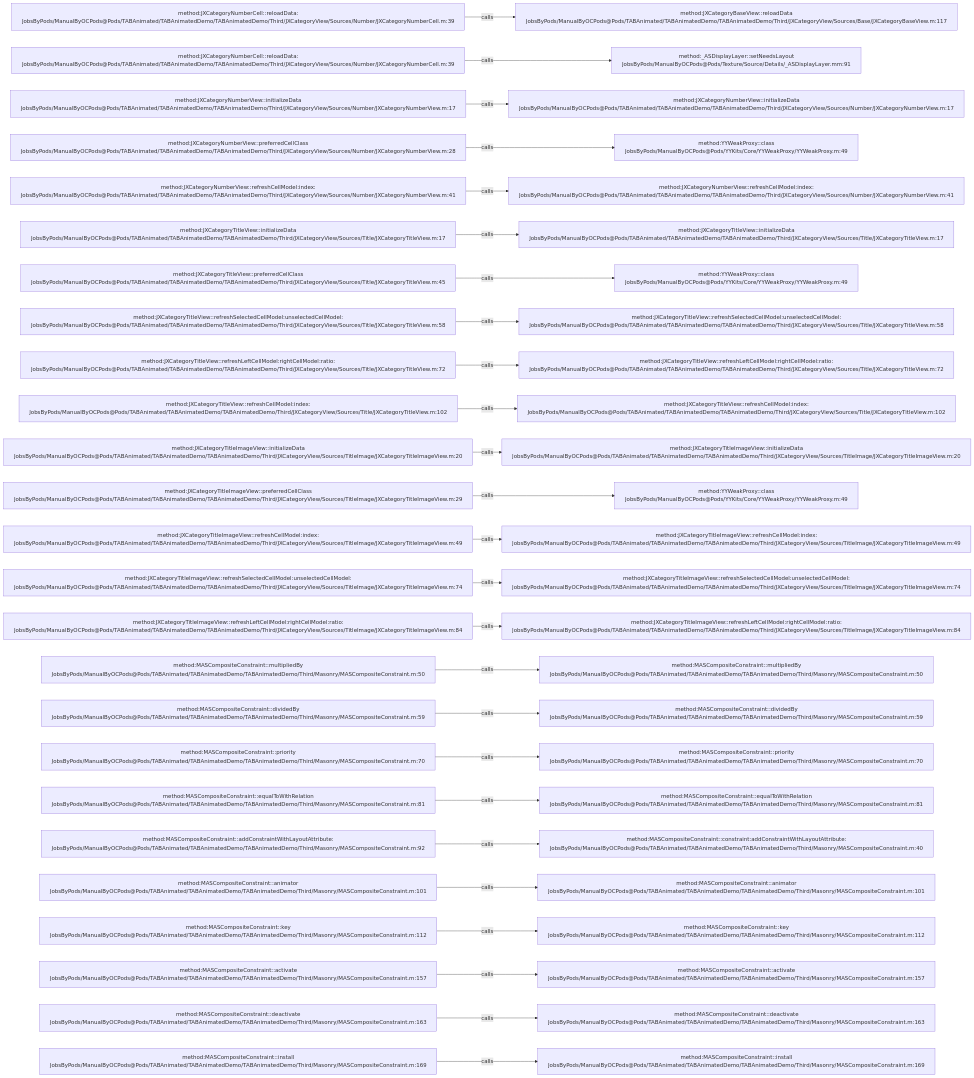
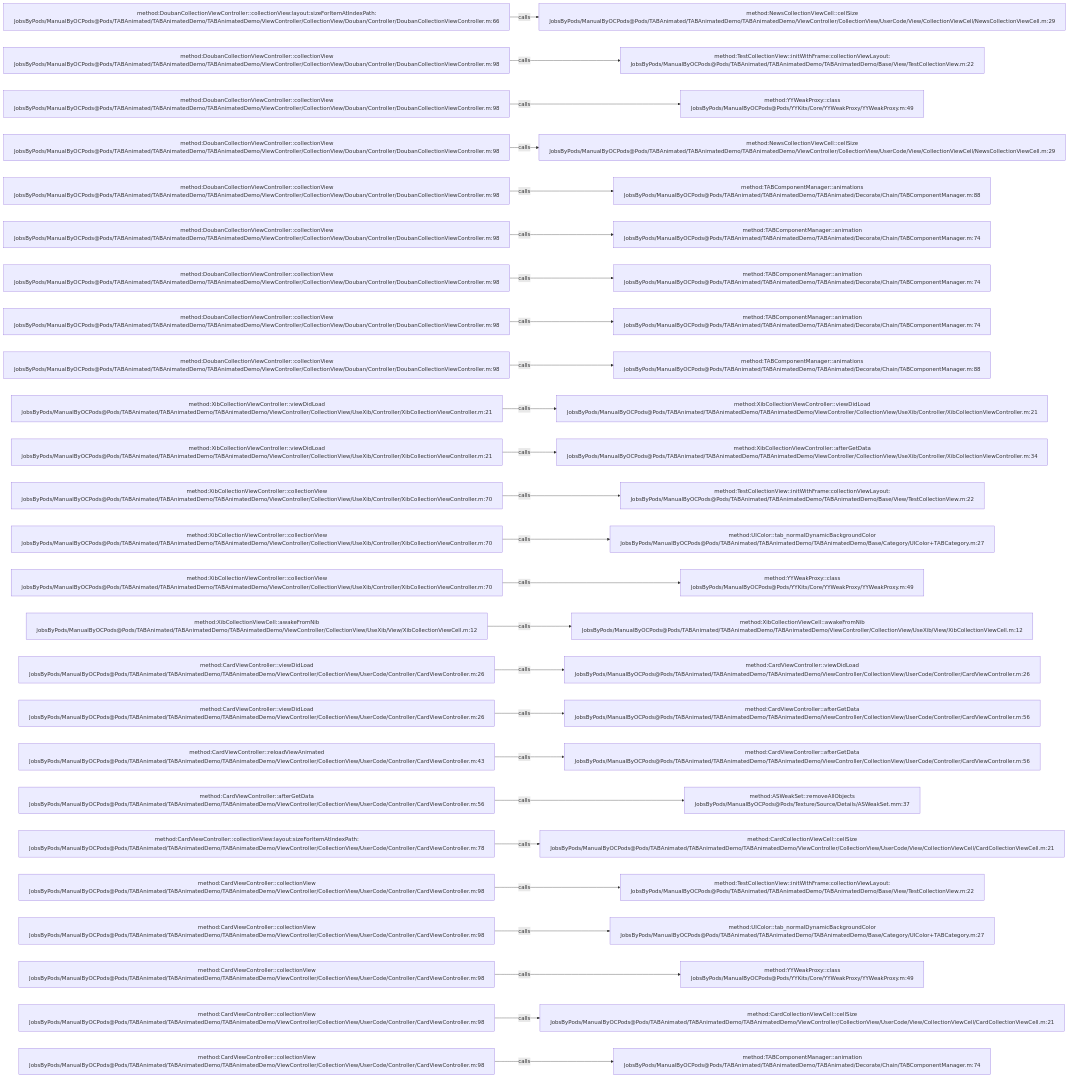
Before and after one commit to JobsKits/JobsOCBaseConfigDemo: the diagram in .codegraph/codegraph.md/graphs/calls-051.md, drawn with Mermaid. The commit also changed 1223 other files, not shown here.

````diff
--- a/.codegraph/codegraph.md/graphs/calls-051.md
+++ b/.codegraph/codegraph.md/graphs/calls-051.md
@@ -13,78 +13,78 @@
 ```mermaid
 flowchart LR
-  S1["method:JXCategoryNumberCell::reloadData:<br/>JobsByPods/ManualByOCPods@Pods/TABAnimated/TABAnimatedDemo/TABAnimatedDemo/Third/JXCategoryView/Sources/Number/JXCategoryNumberCell.m:39"]
-  T1["method:JXCategoryBaseView::reloadData<br/>JobsByPods/ManualByOCPods@Pods/TABAnimated/TABAnimatedDemo/TABAnimatedDemo/Third/JXCategoryView/Sources/Base/JXCategoryBaseView.m:117"]
+  S1["method:DoubanCollectionViewController::collectionView:layout:sizeForItemAtIndexPath:<br/>JobsByPods/ManualByOCPods@Pods/TABAnimated/TABAnimatedDemo/TABAnimatedDemo/ViewController/CollectionView/Douban/Controller/DoubanCollectionViewController.m:66"]
+  T1["method:NewsCollectionViewCell::cellSize<br/>JobsByPods/ManualByOCPods@Pods/TABAnimated/TABAnimatedDemo/TABAnimatedDemo/ViewController/CollectionView/UserCode/View/CollectionViewCell/NewsCollectionViewCell.m:29"]
   S1 -->|calls| T1
-  S2["method:JXCategoryNumberCell::reloadData:<br/>JobsByPods/ManualByOCPods@Pods/TABAnimated/TABAnimatedDemo/TABAnimatedDemo/Third/JXCategoryView/Sources/Number/JXCategoryNumberCell.m:39"]
-  T2["method:_ASDisplayLayer::setNeedsLayout<br/>JobsByPods/ManualByOCPods@Pods/Texture/Source/Details/_ASDisplayLayer.mm:91"]
+  S2["method:DoubanCollectionViewController::collectionView<br/>JobsByPods/ManualByOCPods@Pods/TABAnimated/TABAnimatedDemo/TABAnimatedDemo/ViewController/CollectionView/Douban/Controller/DoubanCollectionViewController.m:98"]
+  T2["method:TestCollectionView::initWithFrame:collectionViewLayout:<br/>JobsByPods/ManualByOCPods@Pods/TABAnimated/TABAnimatedDemo/TABAnimatedDemo/Base/View/TestCollectionView.m:22"]
   S2 -->|calls| T2
-  S3["method:JXCategoryNumberView::initializeData<br/>JobsByPods/ManualByOCPods@Pods/TABAnimated/TABAnimatedDemo/TABAnimatedDemo/Third/JXCategoryView/Sources/Number/JXCategoryNumberView.m:17"]
-  T3["method:JXCategoryNumberView::initializeData<br/>JobsByPods/ManualByOCPods@Pods/TABAnimated/TABAnimatedDemo/TABAnimatedDemo/Third/JXCategoryView/Sources/Number/JXCategoryNumberView.m:17"]
+  S3["method:DoubanCollectionViewController::collectionView<br/>JobsByPods/ManualByOCPods@Pods/TABAnimated/TABAnimatedDemo/TABAnimatedDemo/ViewController/CollectionView/Douban/Controller/DoubanCollectionViewController.m:98"]
+  T3["method:YYWeakProxy::class<br/>JobsByPods/ManualByOCPods@Pods/YYKits/Core/YYWeakProxy/YYWeakProxy.m:49"]
   S3 -->|calls| T3
-  S4["method:JXCategoryNumberView::preferredCellClass<br/>JobsByPods/ManualByOCPods@Pods/TABAnimated/TABAnimatedDemo/TABAnimatedDemo/Third/JXCategoryView/Sources/Number/JXCategoryNumberView.m:28"]
-  T4["method:YYWeakProxy::class<br/>JobsByPods/ManualByOCPods@Pods/YYKits/Core/YYWeakProxy/YYWeakProxy.m:49"]
+  S4["method:DoubanCollectionViewController::collectionView<br/>JobsByPods/ManualByOCPods@Pods/TABAnimated/TABAnimatedDemo/TABAnimatedDemo/ViewController/CollectionView/Douban/Controller/DoubanCollectionViewController.m:98"]
+  T4["method:NewsCollectionViewCell::cellSize<br/>JobsByPods/ManualByOCPods@Pods/TABAnimated/TABAnimatedDemo/TABAnimatedDemo/ViewController/CollectionView/UserCode/View/CollectionViewCell/NewsCollectionViewCell.m:29"]
   S4 -->|calls| T4
-  S5["method:JXCategoryNumberView::refreshCellModel:index:<br/>JobsByPods/ManualByOCPods@Pods/TABAnimated/TABAnimatedDemo/TABAnimatedDemo/Third/JXCategoryView/Sources/Number/JXCategoryNumberView.m:41"]
-  T5["method:JXCategoryNumberView::refreshCellModel:index:<br/>JobsByPods/ManualByOCPods@Pods/TABAnimated/TABAnimatedDemo/TABAnimatedDemo/Third/JXCategoryView/Sources/Number/JXCategoryNumberView.m:41"]
+  S5["method:DoubanCollectionViewController::collectionView<br/>JobsByPods/ManualByOCPods@Pods/TABAnimated/TABAnimatedDemo/TABAnimatedDemo/ViewController/CollectionView/Douban/Controller/DoubanCollectionViewController.m:98"]
+  T5["method:TABComponentManager::animations<br/>JobsByPods/ManualByOCPods@Pods/TABAnimated/TABAnimatedDemo/TABAnimated/Decorate/Chain/TABComponentManager.m:88"]
   S5 -->|calls| T5
-  S6["method:JXCategoryTitleView::initializeData<br/>JobsByPods/ManualByOCPods@Pods/TABAnimated/TABAnimatedDemo/TABAnimatedDemo/Third/JXCategoryView/Sources/Title/JXCategoryTitleView.m:17"]
-  T6["method:JXCategoryTitleView::initializeData<br/>JobsByPods/ManualByOCPods@Pods/TABAnimated/TABAnimatedDemo/TABAnimatedDemo/Third/JXCategoryView/Sources/Title/JXCategoryTitleView.m:17"]
+  S6["method:DoubanCollectionViewController::collectionView<br/>JobsByPods/ManualByOCPods@Pods/TABAnimated/TABAnimatedDemo/TABAnimatedDemo/ViewController/CollectionView/Douban/Controller/DoubanCollectionViewController.m:98"]
+  T6["method:TABComponentManager::animation<br/>JobsByPods/ManualByOCPods@Pods/TABAnimated/TABAnimatedDemo/TABAnimated/Decorate/Chain/TABComponentManager.m:74"]
   S6 -->|calls| T6
-  S7["method:JXCategoryTitleView::preferredCellClass<br/>JobsByPods/ManualByOCPods@Pods/TABAnimated/TABAnimatedDemo/TABAnimatedDemo/Third/JXCategoryView/Sources/Title/JXCategoryTitleView.m:45"]
-  T7["method:YYWeakProxy::class<br/>JobsByPods/ManualByOCPods@Pods/YYKits/Core/YYWeakProxy/YYWeakProxy.m:49"]
+  S7["method:DoubanCollectionViewController::collectionView<br/>JobsByPods/ManualByOCPods@Pods/TABAnimated/TABAnimatedDemo/TABAnimatedDemo/ViewController/CollectionView/Douban/Controller/DoubanCollectionViewController.m:98"]
+  T7["method:TABComponentManager::animation<br/>JobsByPods/ManualByOCPods@Pods/TABAnimated/TABAnimatedDemo/TABAnimated/Decorate/Chain/TABComponentManager.m:74"]
   S7 -->|calls| T7
-  S8["method:JXCategoryTitleView::refreshSelectedCellModel:unselectedCellModel:<br/>JobsByPods/ManualByOCPods@Pods/TABAnimated/TABAnimatedDemo/TABAnimatedDemo/Third/JXCategoryView/Sources/Title/JXCategoryTitleView.m:58"]
-  T8["method:JXCategoryTitleView::refreshSelectedCellModel:unselectedCellModel:<br/>JobsByPods/ManualByOCPods@Pods/TABAnimated/TABAnimatedDemo/TABAnimatedDemo/Third/JXCategoryView/Sources/Title/JXCategoryTitleView.m:58"]
+  S8["method:DoubanCollectionViewController::collectionView<br/>JobsByPods/ManualByOCPods@Pods/TABAnimated/TABAnimatedDemo/TABAnimatedDemo/ViewController/CollectionView/Douban/Controller/DoubanCollectionViewController.m:98"]
+  T8["method:TABComponentManager::animation<br/>JobsByPods/ManualByOCPods@Pods/TABAnimated/TABAnimatedDemo/TABAnimated/Decorate/Chain/TABComponentManager.m:74"]
   S8 -->|calls| T8
-  S9["method:JXCategoryTitleView::refreshLeftCellModel:rightCellModel:ratio:<br/>JobsByPods/ManualByOCPods@Pods/TABAnimated/TABAnimatedDemo/TABAnimatedDemo/Third/JXCategoryView/Sources/Title/JXCategoryTitleView.m:72"]
-  T9["method:JXCategoryTitleView::refreshLeftCellModel:rightCellModel:ratio:<br/>JobsByPods/ManualByOCPods@Pods/TABAnimated/TABAnimatedDemo/TABAnimatedDemo/Third/JXCategoryView/Sources/Title/JXCategoryTitleView.m:72"]
+  S9["method:DoubanCollectionViewController::collectionView<br/>JobsByPods/ManualByOCPods@Pods/TABAnimated/TABAnimatedDemo/TABAnimatedDemo/ViewController/CollectionView/Douban/Controller/DoubanCollectionViewController.m:98"]
+  T9["method:TABComponentManager::animations<br/>JobsByPods/ManualByOCPods@Pods/TABAnimated/TABAnimatedDemo/TABAnimated/Decorate/Chain/TABComponentManager.m:88"]
   S9 -->|calls| T9
-  S10["method:JXCategoryTitleView::refreshCellModel:index:<br/>JobsByPods/ManualByOCPods@Pods/TABAnimated/TABAnimatedDemo/TABAnimatedDemo/Third/JXCategoryView/Sources/Title/JXCategoryTitleView.m:102"]
-  T10["method:JXCategoryTitleView::refreshCellModel:index:<br/>JobsByPods/ManualByOCPods@Pods/TABAnimated/TABAnimatedDemo/TABAnimatedDemo/Third/JXCategoryView/Sources/Title/JXCategoryTitleView.m:102"]
+  S10["method:XibCollectionViewController::viewDidLoad<br/>JobsByPods/ManualByOCPods@Pods/TABAnimated/TABAnimatedDemo/TABAnimatedDemo/ViewController/CollectionView/UseXib/Controller/XibCollectionViewController.m:21"]
+  T10["method:XibCollectionViewController::viewDidLoad<br/>JobsByPods/ManualByOCPods@Pods/TABAnimated/TABAnimatedDemo/TABAnimatedDemo/ViewController/CollectionView/UseXib/Controller/XibCollectionViewController.m:21"]
   S10 -->|calls| T10
-  S11["method:JXCategoryTitleImageView::initializeData<br/>JobsByPods/ManualByOCPods@Pods/TABAnimated/TABAnimatedDemo/TABAnimatedDemo/Third/JXCategoryView/Sources/TitleImage/JXCategoryTitleImageView.m:20"]
-  T11["method:JXCategoryTitleImageView::initializeData<br/>JobsByPods/ManualByOCPods@Pods/TABAnimated/TABAnimatedDemo/TABAnimatedDemo/Third/JXCategoryView/Sources/TitleImage/JXCategoryTitleImageView.m:20"]
+  S11["method:XibCollectionViewController::viewDidLoad<br/>JobsByPods/ManualByOCPods@Pods/TABAnimated/TABAnimatedDemo/TABAnimatedDemo/ViewController/CollectionView/UseXib/Controller/XibCollectionViewController.m:21"]
+  T11["method:XibCollectionViewController::afterGetData<br/>JobsByPods/ManualByOCPods@Pods/TABAnimated/TABAnimatedDemo/TABAnimatedDemo/ViewController/CollectionView/UseXib/Controller/XibCollectionViewController.m:34"]
   S11 -->|calls| T11
-  S12["method:JXCategoryTitleImageView::preferredCellClass<br/>JobsByPods/ManualByOCPods@Pods/TABAnimated/TABAnimatedDemo/TABAnimatedDemo/Third/JXCategoryView/Sources/TitleImage/JXCategoryTitleImageView.m:29"]
-  T12["method:YYWeakProxy::class<br/>JobsByPods/ManualByOCPods@Pods/YYKits/Core/YYWeakProxy/YYWeakProxy.m:49"]
+  S12["method:XibCollectionViewController::collectionView<br/>JobsByPods/ManualByOCPods@Pods/TABAnimated/TABAnimatedDemo/TABAnimatedDemo/ViewController/CollectionView/UseXib/Controller/XibCollectionViewController.m:70"]
+  T12["method:TestCollectionView::initWithFrame:collectionViewLayout:<br/>JobsByPods/ManualByOCPods@Pods/TABAnimated/TABAnimatedDemo/TABAnimatedDemo/Base/View/TestCollectionView.m:22"]
   S12 -->|calls| T12
-  S13["method:JXCategoryTitleImageView::refreshCellModel:index:<br/>JobsByPods/ManualByOCPods@Pods/TABAnimated/TABAnimatedDemo/TABAnimatedDemo/Third/JXCategoryView/Sources/TitleImage/JXCategoryTitleImageView.m:49"]
-  T13["method:JXCategoryTitleImageView::refreshCellModel:index:<br/>JobsByPods/ManualByOCPods@Pods/TABAnimated/TABAnimatedDemo/TABAnimatedDemo/Third/JXCategoryView/Sources/TitleImage/JXCategoryTitleImageView.m:49"]
+  S13["method:XibCollectionViewController::collectionView<br/>JobsByPods/ManualByOCPods@Pods/TABAnimated/TABAnimatedDemo/TABAnimatedDemo/ViewController/CollectionView/UseXib/Controller/XibCollectionViewController.m:70"]
+  T13["method:UIColor::tab_normalDynamicBackgroundColor<br/>JobsByPods/ManualByOCPods@Pods/TABAnimated/TABAnimatedDemo/TABAnimatedDemo/Base/Category/UIColor+TABCategory.m:27"]
   S13 -->|calls| T13
-  S14["method:JXCategoryTitleImageView::refreshSelectedCellModel:unselectedCellModel:<br/>JobsByPods/ManualByOCPods@Pods/TABAnimated/TABAnimatedDemo/TABAnimatedDemo/Third/JXCategoryView/Sources/TitleImage/JXCategoryTitleImageView.m:74"]
-  T14["method:JXCategoryTitleImageView::refreshSelectedCellModel:unselectedCellModel:<br/>JobsByPods/ManualByOCPods@Pods/TABAnimated/TABAnimatedDemo/TABAnimatedDemo/Third/JXCategoryView/Sources/TitleImage/JXCategoryTitleImageView.m:74"]
+  S14["method:XibCollectionViewController::collectionView<br/>JobsByPods/ManualByOCPods@Pods/TABAnimated/TABAnimatedDemo/TABAnimatedDemo/ViewController/CollectionView/UseXib/Controller/XibCollectionViewController.m:70"]
+  T14["method:YYWeakProxy::class<br/>JobsByPods/ManualByOCPods@Pods/YYKits/Core/YYWeakProxy/YYWeakProxy.m:49"]
   S14 -->|calls| T14
-  S15["method:JXCategoryTitleImageView::refreshLeftCellModel:rightCellModel:ratio:<br/>JobsByPods/ManualByOCPods@Pods/TABAnimated/TABAnimatedDemo/TABAnimatedDemo/Third/JXCategoryView/Sources/TitleImage/JXCategoryTitleImageView.m:84"]
-  T15["method:JXCategoryTitleImageView::refreshLeftCellModel:rightCellModel:ratio:<br/>JobsByPods/ManualByOCPods@Pods/TABAnimated/TABAnimatedDemo/TABAnimatedDemo/Third/JXCategoryView/Sources/TitleImage/JXCategoryTitleImageView.m:84"]
+  S15["method:XibCollectionViewCell::awakeFromNib<br/>JobsByPods/ManualByOCPods@Pods/TABAnimated/TABAnimatedDemo/TABAnimatedDemo/ViewController/CollectionView/UseXib/View/XibCollectionViewCell.m:12"]
+  T15["method:XibCollectionViewCell::awakeFromNib<br/>JobsByPods/ManualByOCPods@Pods/TABAnimated/TABAnimatedDemo/TABAnimatedDemo/ViewController/CollectionView/UseXib/View/XibCollectionViewCell.m:12"]
   S15 -->|calls| T15
-  S16["method:MASCompositeConstraint::multipliedBy<br/>JobsByPods/ManualByOCPods@Pods/TABAnimated/TABAnimatedDemo/TABAnimatedDemo/Third/Masonry/MASCompositeConstraint.m:50"]
-  T16["method:MASCompositeConstraint::multipliedBy<br/>JobsByPods/ManualByOCPods@Pods/TABAnimated/TABAnimatedDemo/TABAnimatedDemo/Third/Masonry/MASCompositeConstraint.m:50"]
+  S16["method:CardViewController::viewDidLoad<br/>JobsByPods/ManualByOCPods@Pods/TABAnimated/TABAnimatedDemo/TABAnimatedDemo/ViewController/CollectionView/UserCode/Controller/CardViewController.m:26"]
+  T16["method:CardViewController::viewDidLoad<br/>JobsByPods/ManualByOCPods@Pods/TABAnimated/TABAnimatedDemo/TABAnimatedDemo/ViewController/CollectionView/UserCode/Controller/CardViewController.m:26"]
   S16 -->|calls| T16
-  S17["method:MASCompositeConstraint::dividedBy<br/>JobsByPods/ManualByOCPods@Pods/TABAnimated/TABAnimatedDemo/TABAnimatedDemo/Third/Masonry/MASCompositeConstraint.m:59"]
-  T17["method:MASCompositeConstraint::dividedBy<br/>JobsByPods/ManualByOCPods@Pods/TABAnimated/TABAnimatedDemo/TABAnimatedDemo/Third/Masonry/MASCompositeConstraint.m:59"]
+  S17["method:CardViewController::viewDidLoad<br/>JobsByPods/ManualByOCPods@Pods/TABAnimated/TABAnimatedDemo/TABAnimatedDemo/ViewController/CollectionView/UserCode/Controller/CardViewController.m:26"]
+  T17["method:CardViewController::afterGetData<br/>JobsByPods/ManualByOCPods@Pods/TABAnimated/TABAnimatedDemo/TABAnimatedDemo/ViewController/CollectionView/UserCode/Controller/CardViewController.m:56"]
   S17 -->|calls| T17
-  S18["method:MASCompositeConstraint::priority<br/>JobsByPods/ManualByOCPods@Pods/TABAnimated/TABAnimatedDemo/TABAnimatedDemo/Third/Masonry/MASCompositeConstraint.m:70"]
-  T18["method:MASCompositeConstraint::priority<br/>JobsByPods/ManualByOCPods@Pods/TABAnimated/TABAnimatedDemo/TABAnimatedDemo/Third/Masonry/MASCompositeConstraint.m:70"]
+  S18["method:CardViewController::reloadViewAnimated<br/>JobsByPods/ManualByOCPods@Pods/TABAnimated/TABAnimatedDemo/TABAnimatedDemo/ViewController/CollectionView/UserCode/Controller/CardViewController.m:43"]
+  T18["method:CardViewController::afterGetData<br/>JobsByPods/ManualByOCPods@Pods/TABAnimated/TABAnimatedDemo/TABAnimatedDemo/ViewController/CollectionView/UserCode/Controller/CardViewController.m:56"]
   S18 -->|calls| T18
-  S19["method:MASCompositeConstraint::equalToWithRelation<br/>JobsByPods/ManualByOCPods@Pods/TABAnimated/TABAnimatedDemo/TABAnimatedDemo/Third/Masonry/MASCompositeConstraint.m:81"]
-  T19["method:MASCompositeConstraint::equalToWithRelation<br/>JobsByPods/ManualByOCPods@Pods/TABAnimated/TABAnimatedDemo/TABAnimatedDemo/Third/Masonry/MASCompositeConstraint.m:81"]
+  S19["method:CardViewController::afterGetData<br/>JobsByPods/ManualByOCPods@Pods/TABAnimated/TABAnimatedDemo/TABAnimatedDemo/ViewController/CollectionView/UserCode/Controller/CardViewController.m:56"]
+  T19["method:ASWeakSet::removeAllObjects<br/>JobsByPods/ManualByOCPods@Pods/Texture/Source/Details/ASWeakSet.mm:37"]
   S19 -->|calls| T19
-  S20["method:MASCompositeConstraint::addConstraintWithLayoutAttribute:<br/>JobsByPods/ManualByOCPods@Pods/TABAnimated/TABAnimatedDemo/TABAnimatedDemo/Third/Masonry/MASCompositeConstraint.m:92"]
-  T20["method:MASCompositeConstraint::constraint:addConstraintWithLayoutAttribute:<br/>JobsByPods/ManualByOCPods@Pods/TABAnimated/TABAnimatedDemo/TABAnimatedDemo/Third/Masonry/MASCompositeConstraint.m:40"]
+  S20["method:CardViewController::collectionView:layout:sizeForItemAtIndexPath:<br/>JobsByPods/ManualByOCPods@Pods/TABAnimated/TABAnimatedDemo/TABAnimatedDemo/ViewController/CollectionView/UserCode/Controller/CardViewController.m:78"]
+  T20["method:CardCollectionViewCell::cellSize<br/>JobsByPods/ManualByOCPods@Pods/TABAnimated/TABAnimatedDemo/TABAnimatedDemo/ViewController/CollectionView/UserCode/View/CollectionViewCell/CardCollectionViewCell.m:21"]
   S20 -->|calls| T20
-  S21["method:MASCompositeConstraint::animator<br/>JobsByPods/ManualByOCPods@Pods/TABAnimated/TABAnimatedDemo/TABAnimatedDemo/Third/Masonry/MASCompositeConstraint.m:101"]
-  T21["method:MASCompositeConstraint::animator<br/>JobsByPods/ManualByOCPods@Pods/TABAnimated/TABAnimatedDemo/TABAnimatedDemo/Third/Masonry/MASCompositeConstraint.m:101"]
+  S21["method:CardViewController::collectionView<br/>JobsByPods/ManualByOCPods@Pods/TABAnimated/TABAnimatedDemo/TABAnimatedDemo/ViewController/CollectionView/UserCode/Controller/CardViewController.m:98"]
+  T21["method:TestCollectionView::initWithFrame:collectionViewLayout:<br/>JobsByPods/ManualByOCPods@Pods/TABAnimated/TABAnimatedDemo/TABAnimatedDemo/Base/View/TestCollectionView.m:22"]
   S21 -->|calls| T21
-  S22["method:MASCompositeConstraint::key<br/>JobsByPods/ManualByOCPods@Pods/TABAnimated/TABAnimatedDemo/TABAnimatedDemo/Third/Masonry/MASCompositeConstraint.m:112"]
-  T22["method:MASCompositeConstraint::key<br/>JobsByPods/ManualByOCPods@Pods/TABAnimated/TABAnimatedDemo/TABAnimatedDemo/Third/Masonry/MASCompositeConstraint.m:112"]
+  S22["method:CardViewController::collectionView<br/>JobsByPods/ManualByOCPods@Pods/TABAnimated/TABAnimatedDemo/TABAnimatedDemo/ViewController/CollectionView/UserCode/Controller/CardViewController.m:98"]
+  T22["method:UIColor::tab_normalDynamicBackgroundColor<br/>JobsByPods/ManualByOCPods@Pods/TABAnimated/TABAnimatedDemo/TABAnimatedDemo/Base/Category/UIColor+TABCategory.m:27"]
   S22 -->|calls| T22
-  S23["method:MASCompositeConstraint::activate<br/>JobsByPods/ManualByOCPods@Pods/TABAnimated/TABAnimatedDemo/TABAnimatedDemo/Third/Masonry/MASCompositeConstraint.m:157"]
-  T23["method:MASCompositeConstraint::activate<br/>JobsByPods/ManualByOCPods@Pods/TABAnimated/TABAnimatedDemo/TABAnimatedDemo/Third/Masonry/MASCompositeConstraint.m:157"]
+  S23["method:CardViewController::collectionView<br/>JobsByPods/ManualByOCPods@Pods/TABAnimated/TABAnimatedDemo/TABAnimatedDemo/ViewController/CollectionView/UserCode/Controller/CardViewController.m:98"]
+  T23["method:YYWeakProxy::class<br/>JobsByPods/ManualByOCPods@Pods/YYKits/Core/YYWeakProxy/YYWeakProxy.m:49"]
   S23 -->|calls| T23
-  S24["method:MASCompositeConstraint::deactivate<br/>JobsByPods/ManualByOCPods@Pods/TABAnimated/TABAnimatedDemo/TABAnimatedDemo/Third/Masonry/MASCompositeConstraint.m:163"]
-  T24["method:MASCompositeConstraint::deactivate<br/>JobsByPods/ManualByOCPods@Pods/TABAnimated/TABAnimatedDemo/TABAnimatedDemo/Third/Masonry/MASCompositeConstraint.m:163"]
+  S24["method:CardViewController::collectionView<br/>JobsByPods/ManualByOCPods@Pods/TABAnimated/TABAnimatedDemo/TABAnimatedDemo/ViewController/CollectionView/UserCode/Controller/CardViewController.m:98"]
+  T24["method:CardCollectionViewCell::cellSize<br/>JobsByPods/ManualByOCPods@Pods/TABAnimated/TABAnimatedDemo/TABAnimatedDemo/ViewController/CollectionView/UserCode/View/CollectionViewCell/CardCollectionViewCell.m:21"]
   S24 -->|calls| T24
-  S25["method:MASCompositeConstraint::install<br/>JobsByPods/ManualByOCPods@Pods/TABAnimated/TABAnimatedDemo/TABAnimatedDemo/Third/Masonry/MASCompositeConstraint.m:169"]
-  T25["method:MASCompositeConstraint::install<br/>JobsByPods/ManualByOCPods@Pods/TABAnimated/TABAnimatedDemo/TABAnimatedDemo/Third/Masonry/MASCompositeConstraint.m:169"]
+  S25["method:CardViewController::collectionView<br/>JobsByPods/ManualByOCPods@Pods/TABAnimated/TABAnimatedDemo/TABAnimatedDemo/ViewController/CollectionView/UserCode/Controller/CardViewController.m:98"]
+  T25["method:TABComponentManager::animation<br/>JobsByPods/ManualByOCPods@Pods/TABAnimated/TABAnimatedDemo/TABAnimated/Decorate/Chain/TABComponentManager.m:74"]
   S25 -->|calls| T25
 ```
````
